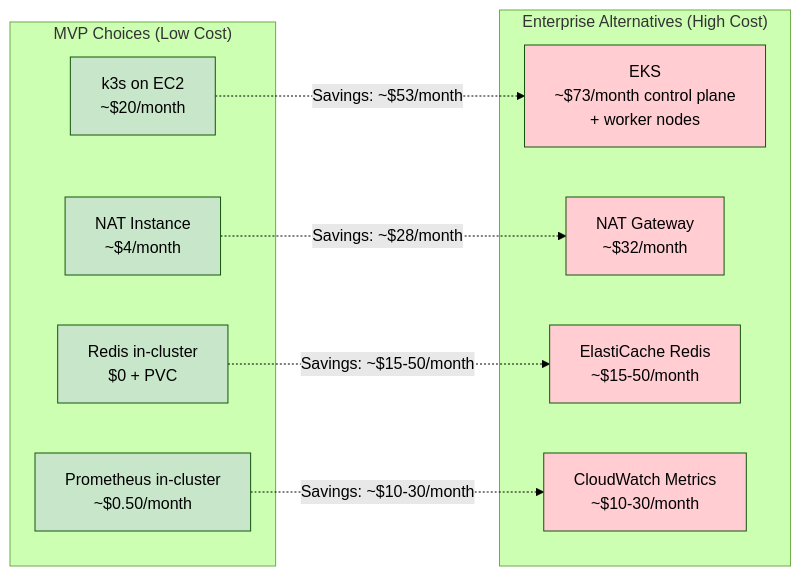
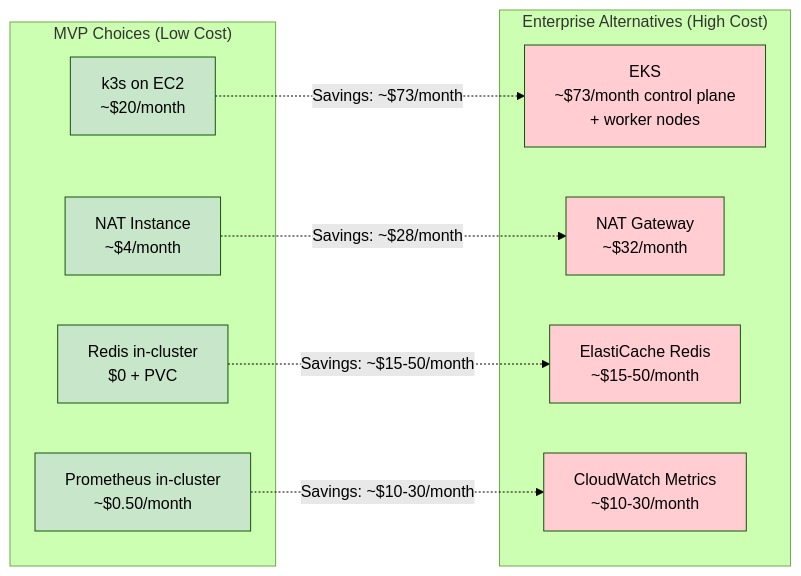
Diagram 25 of 28 in docs/architecture/technical-architecture-document.md (ClementV78/CloudRadar), drawn with Mermaid (forest theme) before and after one commit. The commit also changed other lines of this file and 1 other file, not shown here.

First line of the commit message:
docs(architecture): align technical architecture docs

````diff
--- a/docs/architecture/technical-architecture-document.md
+++ b/docs/architecture/technical-architecture-document.md
@@ -842,30 +873,30 @@
 ```mermaid
 graph LR
     subgraph "MVP Choices (Low Cost)"
         K3S[k3s on EC2<br/>~$20/month]
         NAT_INST[NAT Instance<br/>~$4/month]
         REDIS_LOCAL[Redis in-cluster<br/>$0 + PVC]
         PROM_LOCAL[Prometheus in-cluster<br/>~$0.50/month]
     end
 
     subgraph "Enterprise Alternatives (High Cost)"
         EKS[EKS<br/>~$73/month control plane<br/>+ worker nodes]
         NAT_GW[NAT Gateway<br/>~$32/month]
         REDIS_ELASTIC[ElastiCache Redis<br/>~$15-50/month]
         CLOUDWATCH[CloudWatch Metrics<br/>~$10-30/month]
     end
 
-    K3S -.->|Savings: ~$53/month| EKS
+    K3S -.->|Savings: ~$73/month| EKS
     NAT_INST -.->|Savings: ~$28/month| NAT_GW
     REDIS_LOCAL -.->|Savings: ~$15-50/month| REDIS_ELASTIC
     PROM_LOCAL -.->|Savings: ~$10-30/month| CLOUDWATCH
 
     style K3S fill:#c8e6c9
     style NAT_INST fill:#c8e6c9
     style REDIS_LOCAL fill:#c8e6c9
     style PROM_LOCAL fill:#c8e6c9
     style EKS fill:#ffcdd2
     style NAT_GW fill:#ffcdd2
     style REDIS_ELASTIC fill:#ffcdd2
     style CLOUDWATCH fill:#ffcdd2
 ```
````
